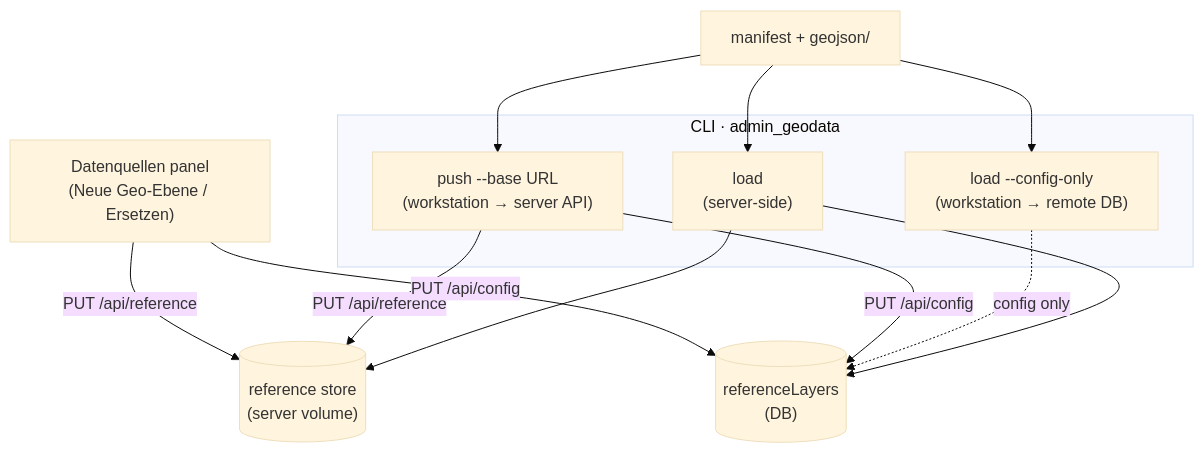
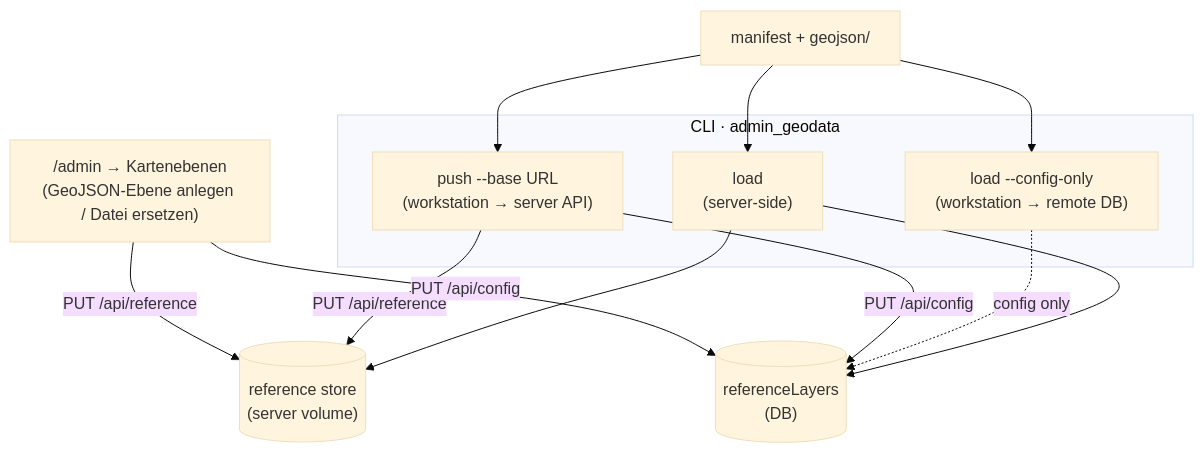
Before and after one commit to feuerwehr-oberwil/kp-front: the second of 3 diagrams in docs/geodata-architecture.md, drawn with Mermaid (base theme). The commit also changed other lines of this file and 13 other files, not shown here.

````diff
--- a/docs/geodata-architecture.md
+++ b/docs/geodata-architecture.md
@@ -60,22 +60,22 @@
 ```mermaid
 flowchart TD
   MAN["manifest + geojson/"]
 
   subgraph A["CLI · admin_geodata"]
     L1["load<br/>(server-side)"]
     L2["load --config-only<br/>(workstation → remote DB)"]
     L3["push --base URL<br/>(workstation → server API)"]
   end
-  UI["Datenquellen panel<br/>(Neue Geo-Ebene / Ersetzen)"]
+  UI["/admin → Kartenebenen<br/>(GeoJSON-Ebene anlegen / Datei ersetzen)"]
 
   STORE[("reference store<br/>(server volume)")]
   CFG[("referenceLayers<br/>(DB)")]
 
   MAN --> L1 --> STORE
   L1 --> CFG
   MAN --> L2 -. "config only" .-> CFG
   MAN --> L3 -->|"PUT /api/reference"| STORE
   L3 -->|"PUT /api/config"| CFG
   UI -->|"PUT /api/reference"| STORE
   UI -->|"PUT /api/config"| CFG
 ```
````
